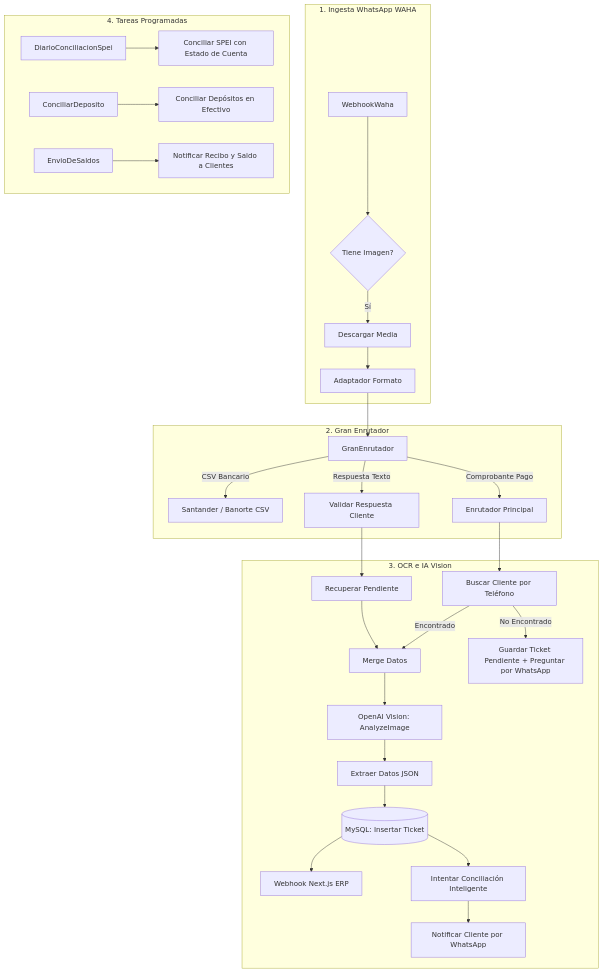
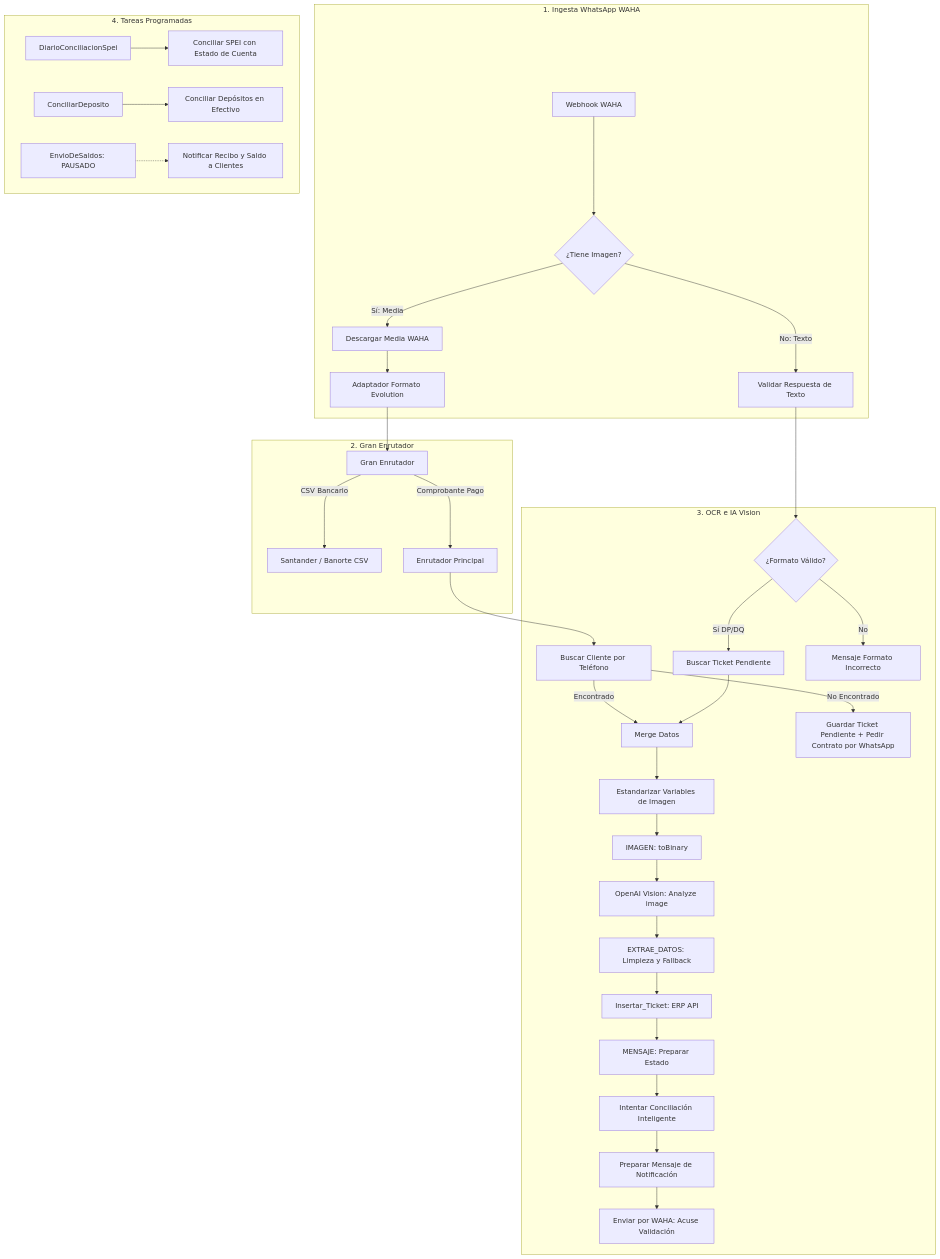
One commit to qhosting/muebleria-erp changed the diagram in ROADMAP_TICKETS2.md. Above: the diagram before and after it, drawn with Mermaid. The commit also changed other lines of this file, not shown here.

Commit message:
docs: actualizar ROADMAP_TICKETS2.md con bitacora de fixes, arquitectura y mejoras

````diff
--- a/ROADMAP_TICKETS2.md
+++ b/ROADMAP_TICKETS2.md
@@ -9,34 +9,39 @@
 ```mermaid
 flowchart TD
     subgraph INGESTA_WHATSAPP [1. Ingesta WhatsApp WAHA]
-        WH[WebhookWaha] --> TI{Tiene Imagen?}
-        TI -->|Sí| DM[Descargar Media]
-        DM --> ADP[Adaptador Formato]
+        WH[Webhook WAHA] --> TI{¿Tiene Imagen?}
+        TI -->|Sí: Media| DM[Descargar Media WAHA]
+        DM --> ADP[Adaptador Formato Evolution]
+        TI -->|No: Texto| VRT[Validar Respuesta de Texto]
     end
 
     subgraph ENRUTAMIENTO [2. Gran Enrutador]
-        ADP --> GE[GranEnrutador]
+        ADP --> GE[Gran Enrutador]
         GE -->|CSV Bancario| CSV_R[Santander / Banorte CSV]
         GE -->|Comprobante Pago| EP[Enrutador Principal]
-        GE -->|Respuesta Texto| VRT[Validar Respuesta Cliente]
     end
 
     subgraph PROCESAMIENTO_OCR [3. OCR e IA Vision]
         EP --> BC[Buscar Cliente por Teléfono]
         BC -->|Encontrado| MRG[Merge Datos]
-        BC -->|No Encontrado| STP[Guardar Ticket Pendiente + Preguntar por WhatsApp]
-        VRT --> REC[Recuperar Pendiente] --> MRG
-        MRG --> OAI[OpenAI Vision: AnalyzeImage]
-        OAI --> EXD[Extraer Datos JSON]
-        EXD --> DB_TKT[(MySQL: Insertar Ticket)]
-        DB_TKT --> ERP_WH[Webhook Next.js ERP]
-        DB_TKT --> CONC_IA[Intentar Conciliación Inteligente]
-        CONC_IA --> W_CONF[Notificar Cliente por WhatsApp]
+        BC -->|No Encontrado| STP[Guardar Ticket Pendiente + Pedir Contrato por WhatsApp]
+        VRT --> V_OK{¿Formato Válido?}
+        V_OK -->|Sí DP/DQ| BTP[Buscar Ticket Pendiente] --> MRG
+        V_OK -->|No| ERR_TXT[Mensaje Formato Incorrecto]
+        MRG --> EST[Estandarizar Variables de Imagen]
+        EST --> IMG[IMAGEN: toBinary]
+        IMG --> OAI[OpenAI Vision: Analyze image]
+        OAI --> EXD[EXTRAE_DATOS: Limpieza y Fallback]
+        EXD --> DB_TKT[Insertar_Ticket: ERP API]
+        DB_TKT --> MENSAJE[MENSAJE: Preparar Estado]
+        MENSAJE --> CONC_IA[Intentar Conciliación Inteligente]
+        CONC_IA --> NOTIF_PREP[Preparar Mensaje de Notificación]
+        NOTIF_PREP --> W_CONF[Enviar por WAHA: Acuse Validación]
     end
 
     subgraph CRON_AUTOMATIZACIONES [4. Tareas Programadas]
         CRON1[DiarioConciliacionSpei] --> CONC_SPEI[Conciliar SPEI con Estado de Cuenta]
         CRON2[ConciliarDeposito] --> CONC_DEP[Conciliar Depósitos en Efectivo]
-        CRON3[EnvioDeSaldos] --> NOTIF_SALDO[Notificar Recibo y Saldo a Clientes]
+        CRON3[EnvioDeSaldos: PAUSADO] -.-> NOTIF_SALDO[Notificar Recibo y Saldo a Clientes]
     end
 ```
````
